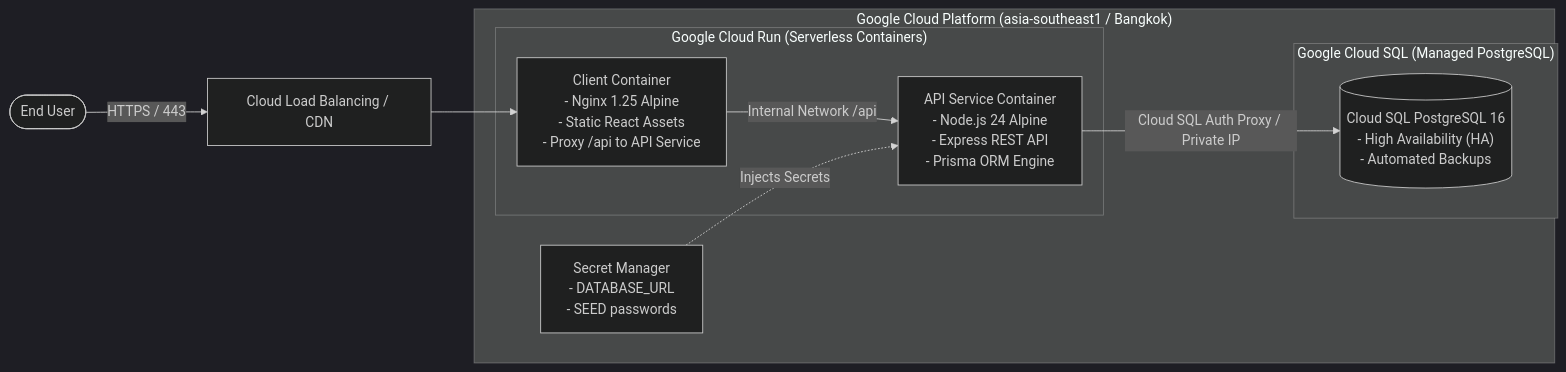
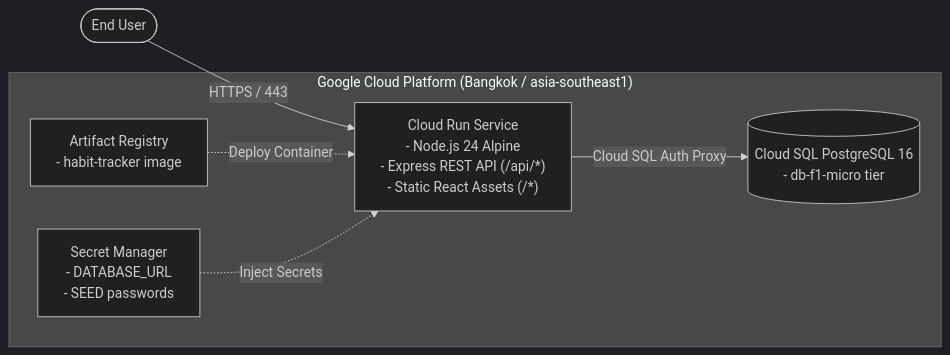
One commit to SANOP19/cpe334-p8-habit-tracker changed the fourth of 4 diagrams in docs/system-sds.md. Above: the diagram before and after it, drawn with Mermaid (dark theme). The commit also changed other lines of this file, not shown here.

Commit message:
docs(sds): align rule IDs with SRS, update seed and environment tables, simplify GCP topology

````diff
--- a/docs/system-sds.md
+++ b/docs/system-sds.md
@@ -329,32 +331,22 @@
 ```mermaid
 flowchart LR
-    User([End User]) -->|HTTPS / 443| LB[Cloud Load Balancing / CDN]
-    
-    subgraph GCP ["Google Cloud Platform (asia-southeast1 / Bangkok)"]
-        subgraph CloudRun ["Google Cloud Run (Serverless Containers)"]
-            ClientContainer["Client Container
-            - Nginx 1.25 Alpine
-            - Static React Assets
-            - Proxy /api to API Service"]
-            ServerContainer["API Service Container
-            - Node.js 24 Alpine
-            - Express REST API
-            - Prisma ORM Engine"]
-        end
+    User([End User]) -->|HTTPS / 443| Service["Cloud Run Service
+    - Node.js 24 Alpine
+    - Express REST API (/api/*)
+    - Static React Assets (/*)"]
 
-        subgraph CloudSQL ["Google Cloud SQL (Managed PostgreSQL)"]
-            PGInstance[("Cloud SQL PostgreSQL 16
-            - High Availability (HA)
-            - Automated Backups")]
-        end
-
+    subgraph GCP ["Google Cloud Platform (Bangkok / asia-southeast1)"]
+        Service
+        PG[("Cloud SQL PostgreSQL 16
+        - db-f1-micro tier")]
         GSM["Secret Manager
         - DATABASE_URL
         - SEED passwords"]
+        AR["Artifact Registry
+        - habit-tracker image"]
     end
 
-    LB --> ClientContainer
-    ClientContainer -->|Internal Network /api| ServerContainer
-    GSM -.->|Injects Secrets| ServerContainer
-    ServerContainer -->|Cloud SQL Auth Proxy / Private IP| PGInstance
+    AR -.->|Deploy Container| Service
+    GSM -.->|Inject Secrets| Service
+    Service -->|Cloud SQL Auth Proxy| PG
 ```
````
